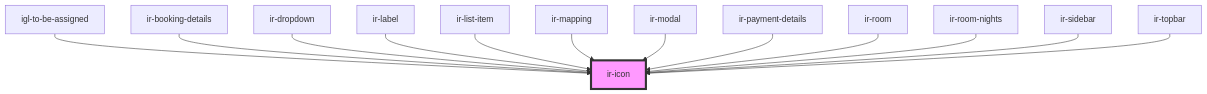
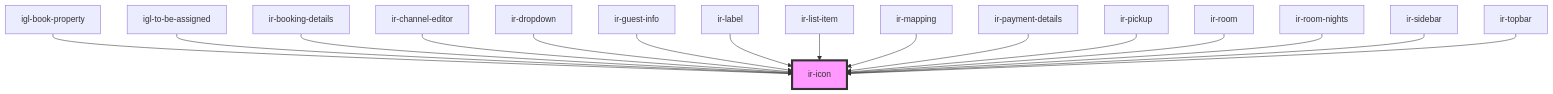
Before and after one commit to RonyRizk/ir-webcmp: the diagram in src/components/ir-icon/readme.md, drawn with Mermaid. The commit also changed other lines of this file and 57 other files, not shown here.

````diff
--- a/src/components/ir-icon/readme.md
+++ b/src/components/ir-icon/readme.md
@@ -40,16 +43,19 @@
 ```mermaid
 graph TD;
+  igl-book-property --> ir-icon
   igl-to-be-assigned --> ir-icon
   ir-booking-details --> ir-icon
+  ir-channel-editor --> ir-icon
   ir-dropdown --> ir-icon
+  ir-guest-info --> ir-icon
   ir-label --> ir-icon
   ir-list-item --> ir-icon
   ir-mapping --> ir-icon
-  ir-modal --> ir-icon
   ir-payment-details --> ir-icon
+  ir-pickup --> ir-icon
   ir-room --> ir-icon
   ir-room-nights --> ir-icon
   ir-sidebar --> ir-icon
   ir-topbar --> ir-icon
   style ir-icon fill:#f9f,stroke:#333,stroke-width:4px
 ```
````
